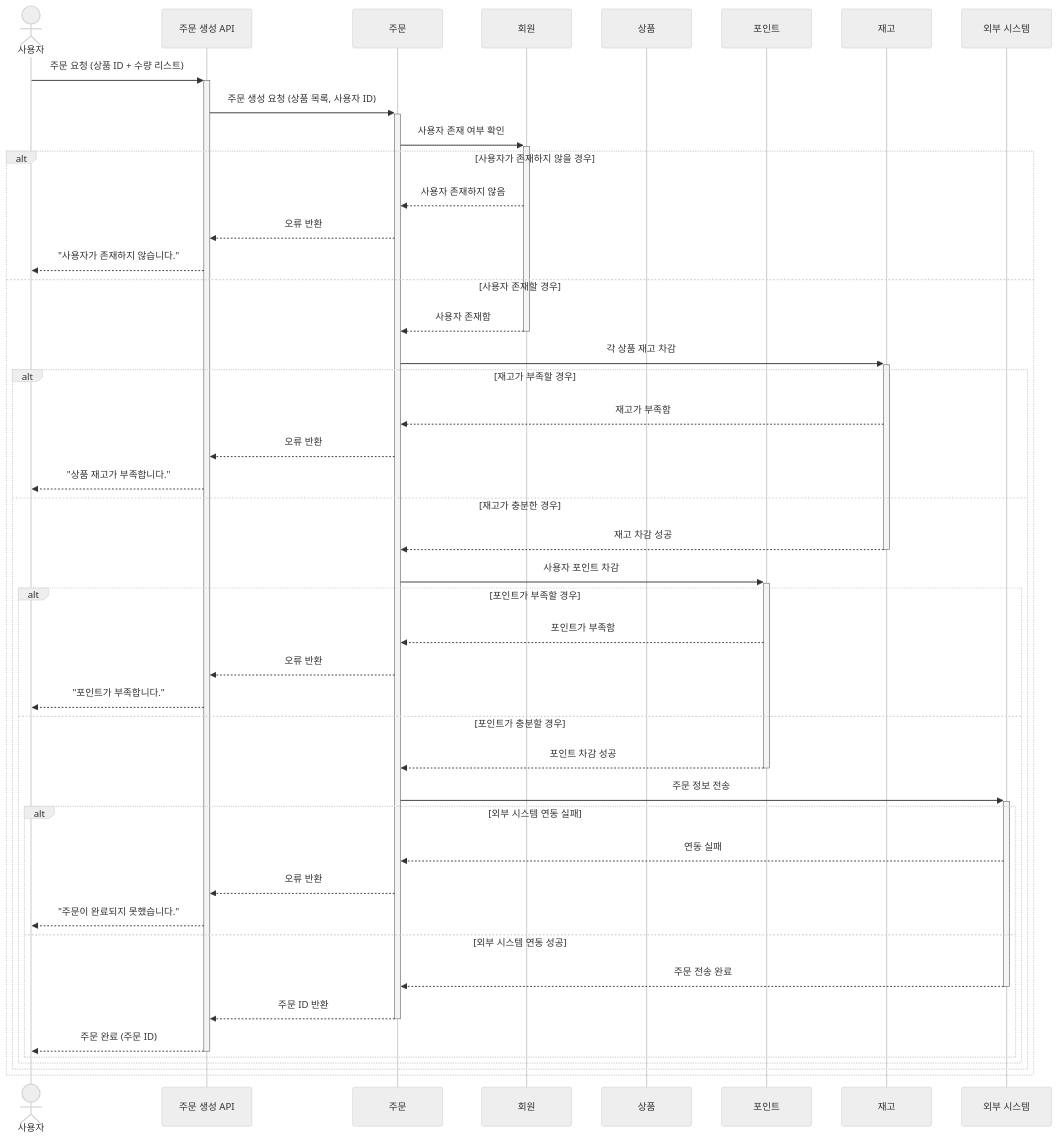
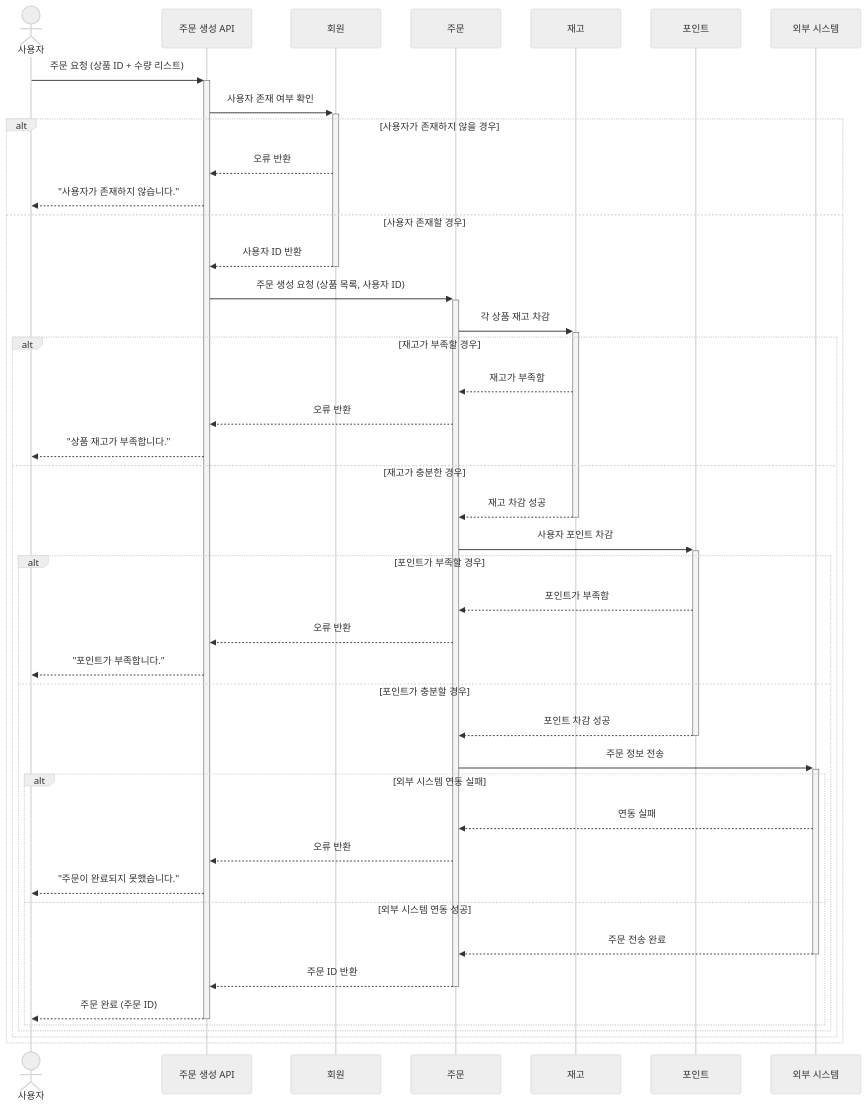
One commit to kodonghee/loopers-e-commerce changed the sixth of 8 diagrams in docs/design/02-sequence-diagrams.md. Above: the diagram before and after it, drawn with Mermaid (neutral theme). The commit also changed other lines of this file, not shown here.

Commit message:
fix: 시퀀스 다이어그램 - 구조 변경

````diff
--- a/docs/design/02-sequence-diagrams.md
+++ b/docs/design/02-sequence-diagrams.md
@@ -168,50 +127,47 @@
 ```mermaid
 sequenceDiagram
     actor 사용자
     participant 주문 생성 API
+    participant 회원
     participant 주문
-    participant 회원
-    participant 상품
+    participant 재고
     participant 포인트
-    participant 재고
     participant 외부 시스템
 
     사용자->>+주문 생성 API: 주문 요청 (상품 ID + 수량 리스트)
 
-    주문 생성 API->>+주문: 주문 생성 요청 (상품 목록, 사용자 ID)
-    주문->>+회원: 사용자 존재 여부 확인
-
+    주문 생성 API->>+회원: 사용자 존재 여부 확인
     alt 사용자가 존재하지 않을 경우
-        회원-->>주문: 사용자 존재하지 않음
-        주문-->>주문 생성 API: 오류 반환
+        회원-->>주문 생성 API: 오류 반환
         주문 생성 API-->>사용자: "사용자가 존재하지 않습니다."
     else 사용자 존재할 경우
-        회원-->>-주문: 사용자 존재함
+        회원-->>-주문 생성 API: 사용자 ID 반환
+        주문 생성 API->>+주문: 주문 생성 요청 (상품 목록, 사용자 ID)
         주문->>+재고: 각 상품 재고 차감
         alt 재고가 부족할 경우
             재고-->>주문: 재고가 부족함
             주문-->>주문 생성 API: 오류 반환
             주문 생성 API-->>사용자: "상품 재고가 부족합니다."
         else 재고가 충분한 경우
             재고-->>-주문: 재고 차감 성공
             주문->>+포인트: 사용자 포인트 차감
             alt 포인트가 부족할 경우
                 포인트-->>주문: 포인트가 부족함
                 주문-->>주문 생성 API: 오류 반환
                 주문 생성 API-->>사용자: "포인트가 부족합니다."
             else 포인트가 충분할 경우
                 포인트-->>-주문: 포인트 차감 성공
                 주문->>+외부 시스템: 주문 정보 전송
                 alt 외부 시스템 연동 실패
                     외부 시스템-->>주문: 연동 실패
                     주문-->>주문 생성 API: 오류 반환
                     주문 생성 API-->>사용자: "주문이 완료되지 못했습니다."
                 else 외부 시스템 연동 성공
                     외부 시스템-->>-주문: 주문 전송 완료
                     주문-->>-주문 생성 API: 주문 ID 반환
                     주문 생성 API-->>-사용자: 주문 완료 (주문 ID)
                 end
             end
         end
     end
 ```
````
